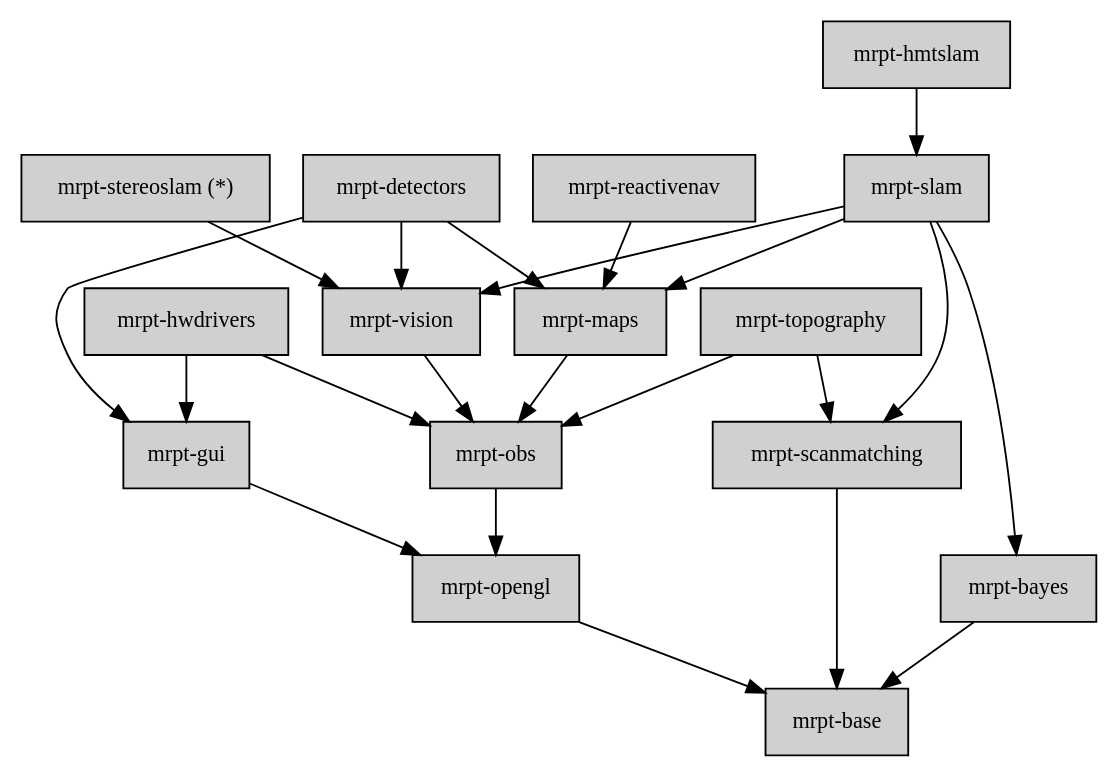
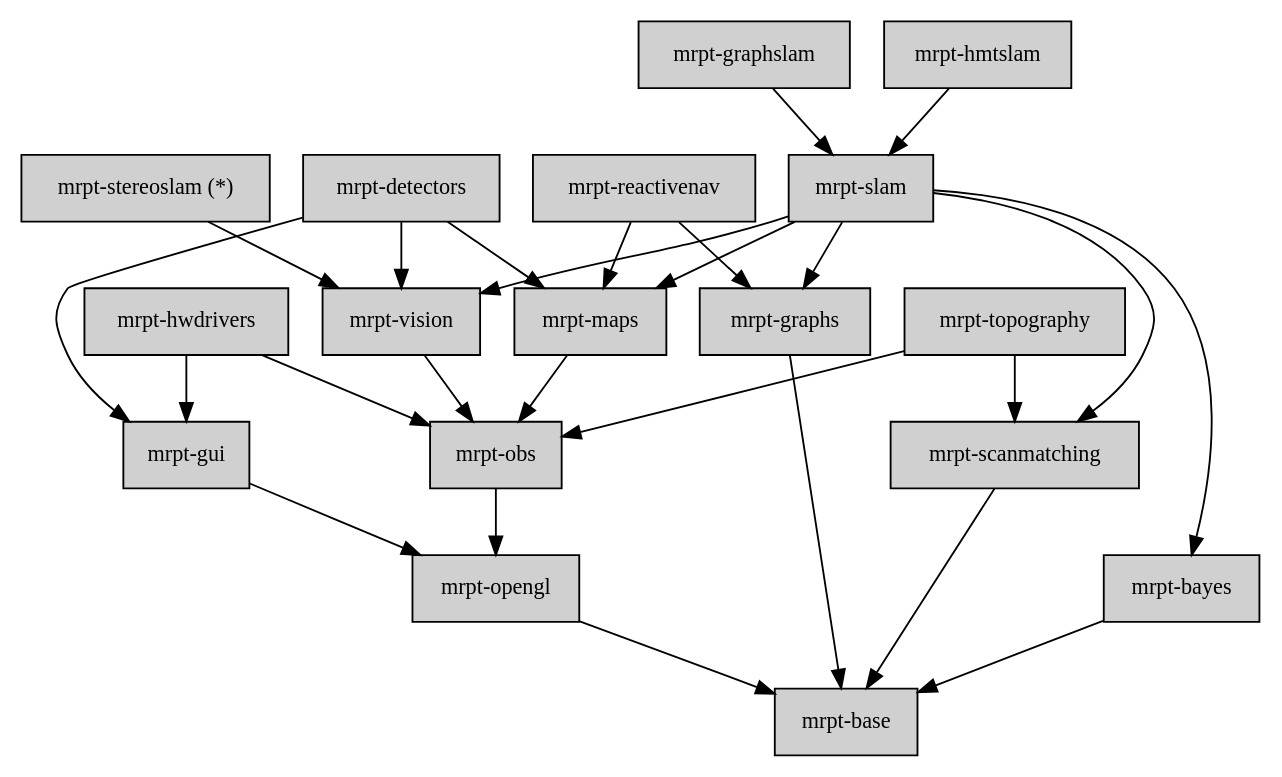
The diagram in doc/design_of_images/graph_mrpt_libs.dot (MRPT/mrpt), drawn with Graphviz before and after one commit. The commit also changed 75 other files, not shown here.

```diff
--- a/doc/design_of_images/graph_mrpt_libs.dot
+++ b/doc/design_of_images/graph_mrpt_libs.dot
@@ -1,61 +1,66 @@
 digraph MRPT_LIBS {
 
 	node [shape=box,style=filled, fillcolor="#D0D0D0",fontsize=12];
 
 	base 		[label="mrpt-base",URL="group__mrpt__base__grp.html"];
+	graphs		[label="mrpt-graphs",URL="group__mrpt__graphs__grp.html"];
 	bayes 		[label="mrpt-bayes",URL="group__mrpt__bayes__grp.html"];
 	opengl 		[label="mrpt-opengl", URL="group__mrpt__opengl__grp.html"];
 	gui 		[label="mrpt-gui",URL="group__mrpt__gui__grp.html"];
 	obs 		[label="mrpt-obs",URL="group__mrpt__obs__grp.html"];
 	hwdrivers 	[label="mrpt-hwdrivers",URL="group__mrpt__hwdrivers__grp.html"];
 	topography 	[label="mrpt-topography",URL="group__mrpt__topography__grp.html"];
 	maps 		[label="mrpt-maps",URL="group__mrpt__maps__grp.html"];
 	vision 		[label="mrpt-vision",URL="group__mrpt__vision__grp.html"];
 	scanmatching 		[label="mrpt-scanmatching",URL="group__mrpt__scanmatching__grp.html"];
 
 	slam 		[label="mrpt-slam",URL="group__mrpt__slam__grp.html"];
+	graphslam	[label="mrpt-graphslam",URL="group__mrpt__graphslam__grp.html"];
 	
 	hmtslam		[label="mrpt-hmtslam",URL="group__mrpt__hmtslam__grp.html"];
 	reactivenav	[label="mrpt-reactivenav",URL="group__mrpt__reactivenav__grp.html"];
 	stereoslam	[label="mrpt-stereoslam (*)",URL="group__mrpt__stereoslam__grp.html"];
 	
 	detectors	[label="mrpt-detectors",URL="group__mrpt__detectors__grp.html"];
 	
-	
+	graphs -> base;
 	scanmatching -> base;
 
 	bayes -> base;
 	
 	opengl -> base;
 	
 	obs -> opengl;
 	
 	gui -> opengl;
 	
 	hwdrivers -> gui;
 	hwdrivers -> obs;
 	
 	topography -> obs;
 	topography -> scanmatching;
 	
 	vision -> obs;
 	
 	maps -> obs;
 
 	slam -> maps;
 	slam -> vision;
 	slam -> scanmatching;
 	slam -> bayes;
+	slam -> graphs;
+
+	graphslam -> slam;
 	
 	detectors -> vision;
 	detectors -> maps;
 	detectors -> gui;
 	
 	hmtslam -> slam;
 
 
 	stereoslam -> vision;
 	
 	reactivenav -> maps;
-	//reactivenav -> gui;
+	reactivenav -> graphs;
 }
```
